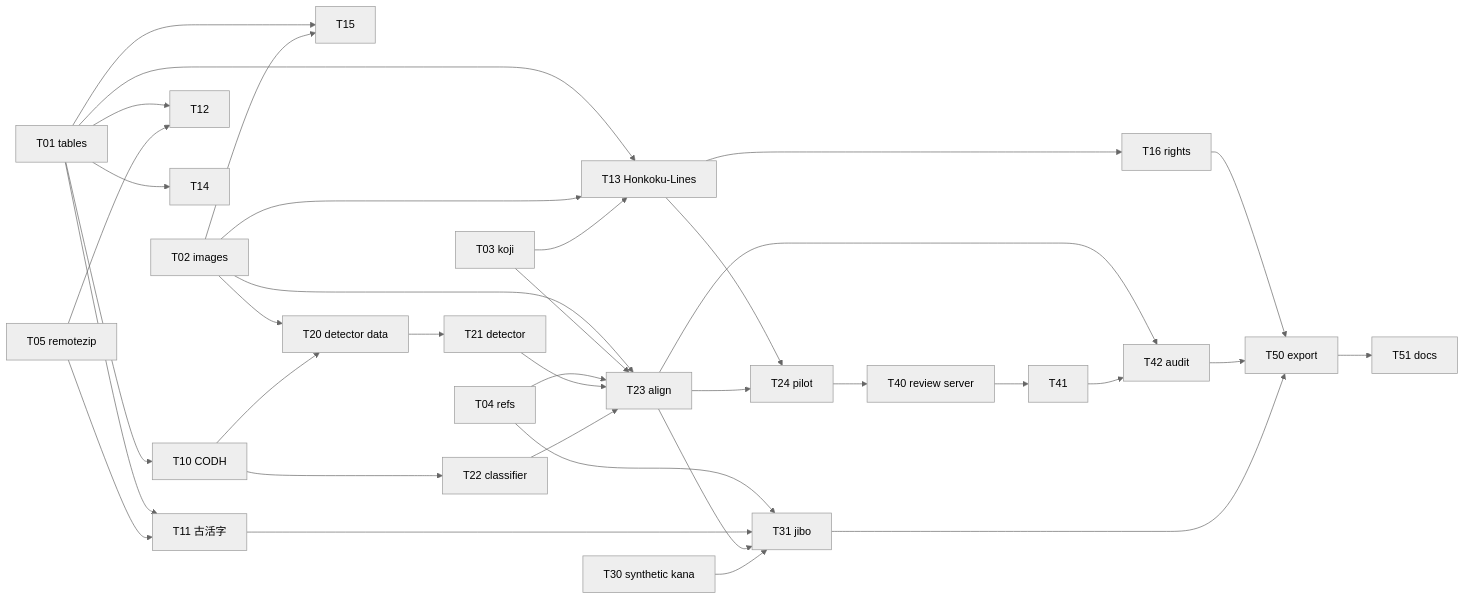
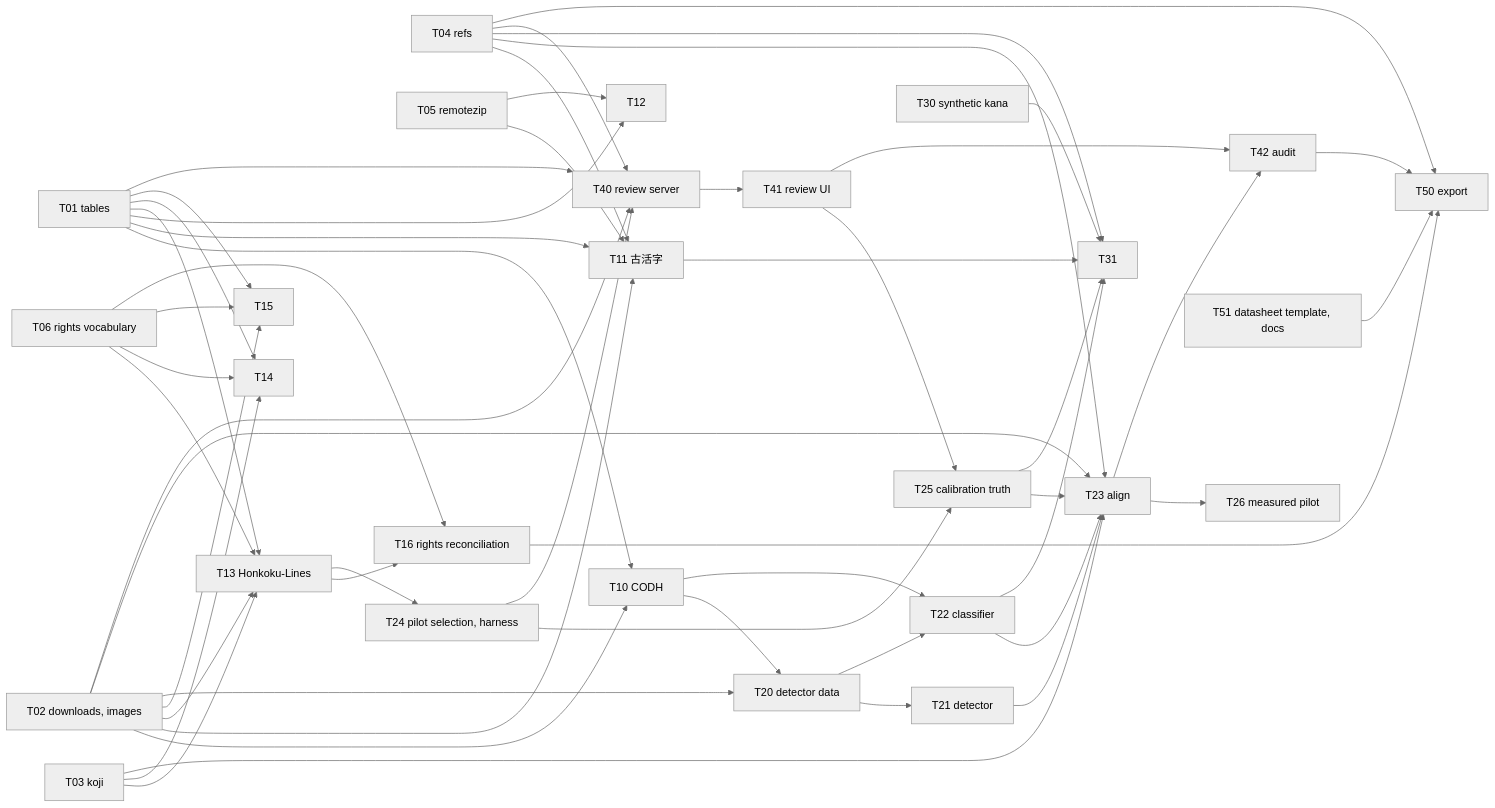
Before and after one commit to mkpoli/glyph-atlas: the diagram in docs/implementation/README.md, drawn with Mermaid (neutral theme). The commit also changed other lines of this file and 34 other files, not shown here.

First line of the commit message:
docs: second pass over the task cards; pilot split in three, rights vocabulary in the foundation, schema fields the cards need

````diff
--- a/docs/implementation/README.md
+++ b/docs/implementation/README.md
@@ -36,22 +38,24 @@
 ```mermaid
 flowchart LR
-  T01[T01 tables] --> T10 & T11 & T12 & T13 & T14 & T15
-  T02[T02 images] --> T13 & T15 & T20 & T23
-  T03[T03 koji] --> T13 & T23
-  T04[T04 refs] --> T23 & T31
+  T01[T01 tables] --> T10 & T11 & T12 & T13 & T14 & T15 & T40
+  T02[T02 downloads, images] --> T10 & T11 & T13 & T15 & T20 & T23 & T40
+  T03[T03 koji] --> T13 & T14 & T23
+  T04[T04 refs] --> T11 & T23 & T31 & T40 & T50
   T05[T05 remotezip] --> T11 & T12
+  T06[T06 rights vocabulary] --> T13 & T14 & T15 & T16
   T10[T10 CODH] --> T20 & T22
   T11[T11 古活字] --> T31
   T13[T13 Honkoku-Lines] --> T16 & T24
-  T16[T16 rights] --> T50
-  T20[T20 detector data] --> T21
+  T16[T16 rights reconciliation] --> T50
+  T20[T20 detector data] --> T21 & T22
   T21[T21 detector] --> T23
-  T22[T22 classifier] --> T23
-  T23[T23 align] --> T24 & T31 & T42
-  T24[T24 pilot] --> T40
+  T22[T22 classifier] --> T23 & T31
+  T24[T24 pilot selection, harness] --> T25 & T40
+  T40[T40 review server] --> T41[T41 review UI] --> T25[T25 calibration truth]
+  T25 --> T23 & T31
+  T23[T23 align] --> T26[T26 measured pilot] & T42
   T30[T30 synthetic kana] --> T31
-  T40[T40 review server] --> T41 --> T42
-  T42[T42 audit] --> T50
-  T31[T31 jibo] --> T50
-  T50[T50 export] --> T51[T51 docs]
+  T41 --> T42[T42 audit]
+  T42 --> T50
+  T51[T51 datasheet template, docs] --> T50[T50 export]
 ```
````
